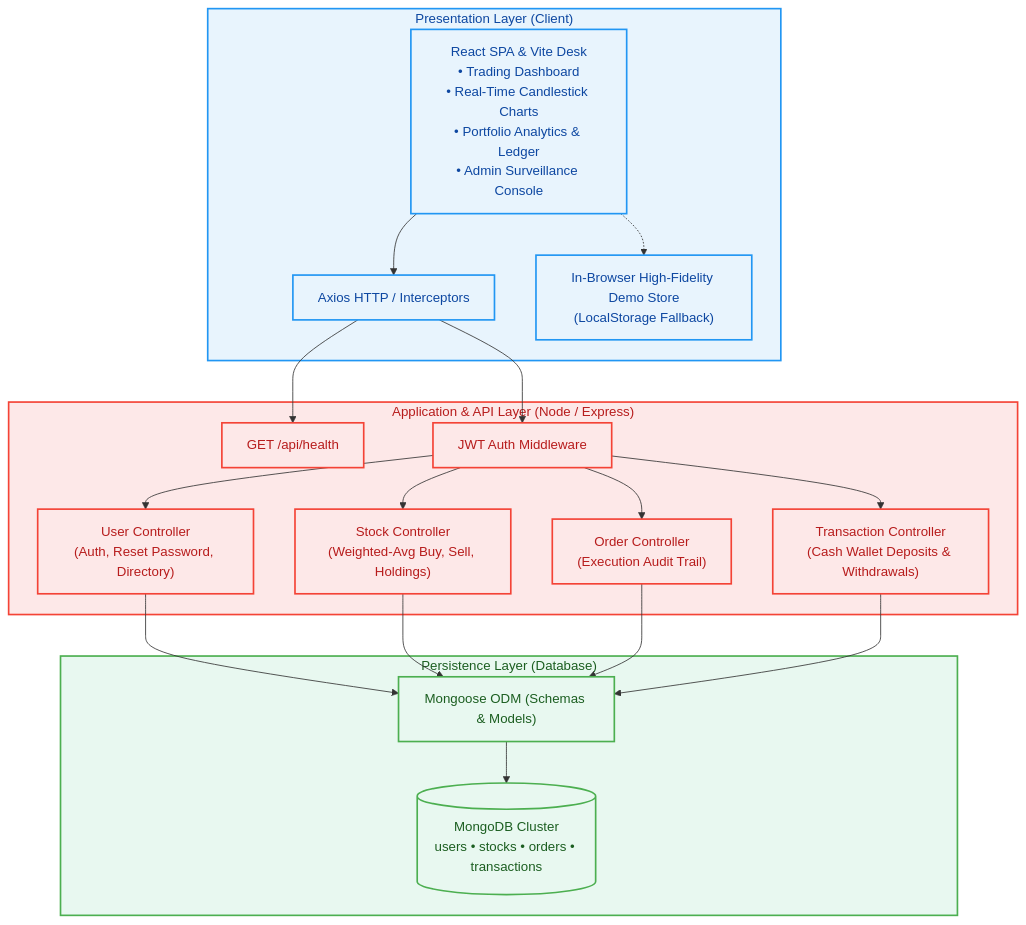
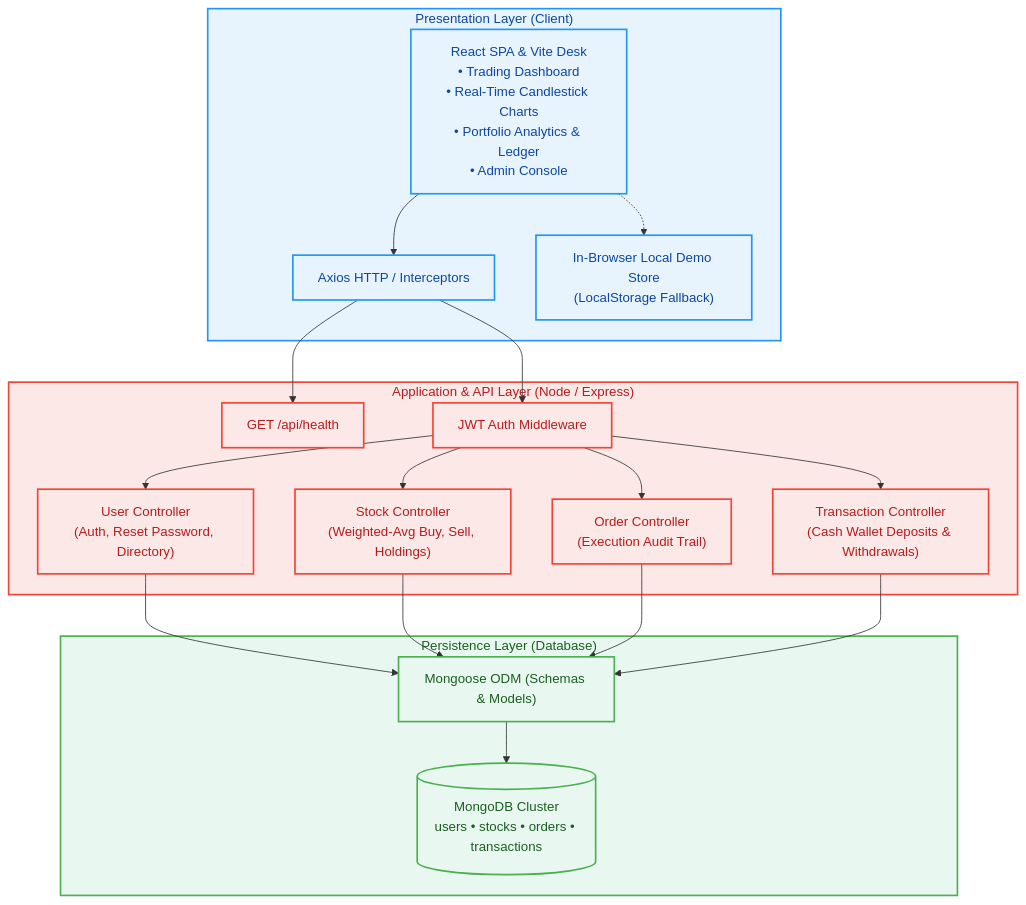
Before and after one commit to Vomkar2024/TradeX-demo: the diagram in README.md, drawn with Mermaid. The commit also changed other lines of this file and 34 other files, not shown here.

````diff
--- a/README.md
+++ b/README.md
@@ -19,45 +17,45 @@
 ```mermaid
 graph TB
     subgraph ClientTier ["Presentation Layer (Client)"]
-        UI["React SPA & Vite Desk<br/>• Trading Dashboard<br/>• Real-Time Candlestick Charts<br/>• Portfolio Analytics & Ledger<br/>• Admin Surveillance Console"]
+        UI["React SPA & Vite Desk<br/>• Trading Dashboard<br/>• Real-Time Candlestick Charts<br/>• Portfolio Analytics & Ledger<br/>• Admin Console"]
         AxiosClient["Axios HTTP / Interceptors"]
-        DemoStore["In-Browser High-Fidelity Demo Store<br/>(LocalStorage Fallback)"]
+        DemoStore["In-Browser Local Demo Store<br/>(LocalStorage Fallback)"]
         UI --> AxiosClient
         UI -.-> DemoStore
     end
 
     subgraph ServerTier ["Application & API Layer (Node / Express)"]
         HealthEndpoint["GET /api/health"]
         AuthMid["JWT Auth Middleware"]
         UserController["User Controller<br/>(Auth, Reset Password, Directory)"]
         StockController["Stock Controller<br/>(Weighted-Avg Buy, Sell, Holdings)"]
         OrderController["Order Controller<br/>(Execution Audit Trail)"]
         TxController["Transaction Controller<br/>(Cash Wallet Deposits & Withdrawals)"]
         
         AxiosClient --> HealthEndpoint
         AxiosClient --> AuthMid
         AuthMid --> UserController
         AuthMid --> StockController
         AuthMid --> OrderController
         AuthMid --> TxController
     end
 
     subgraph DataTier ["Persistence Layer (Database)"]
         MongooseODM["Mongoose ODM (Schemas & Models)"]
         MongoDB[("MongoDB Cluster<br/>users • stocks • orders • transactions")]
         
         UserController --> MongooseODM
         StockController --> MongooseODM
         OrderController --> MongooseODM
         TxController --> MongooseODM
         MongooseODM --> MongoDB
     end
 
     classDef fe fill:#e8f4fd,stroke:#2196f3,stroke-width:2px,color:#0d47a1;
     classDef be fill:#fde8e8,stroke:#f44336,stroke-width:2px,color:#b71c1c;
     classDef db fill:#e8f8f0,stroke:#4caf50,stroke-width:2px,color:#1b5e20;
 
     class ClientTier,UI,AxiosClient,DemoStore fe;
     class ServerTier,HealthEndpoint,AuthMid,UserController,StockController,OrderController,TxController be;
     class DataTier,MongooseODM,MongoDB db;
 ```
````
